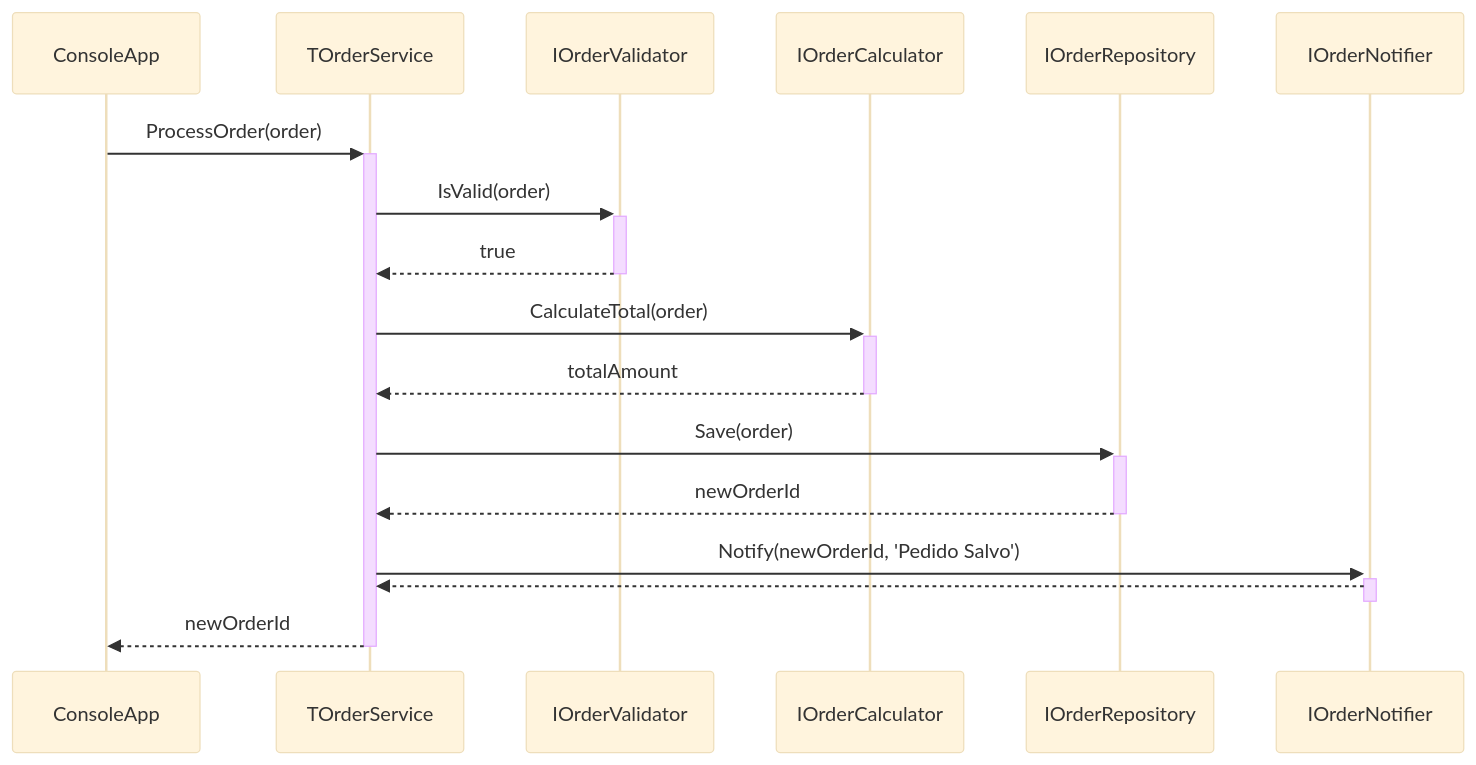
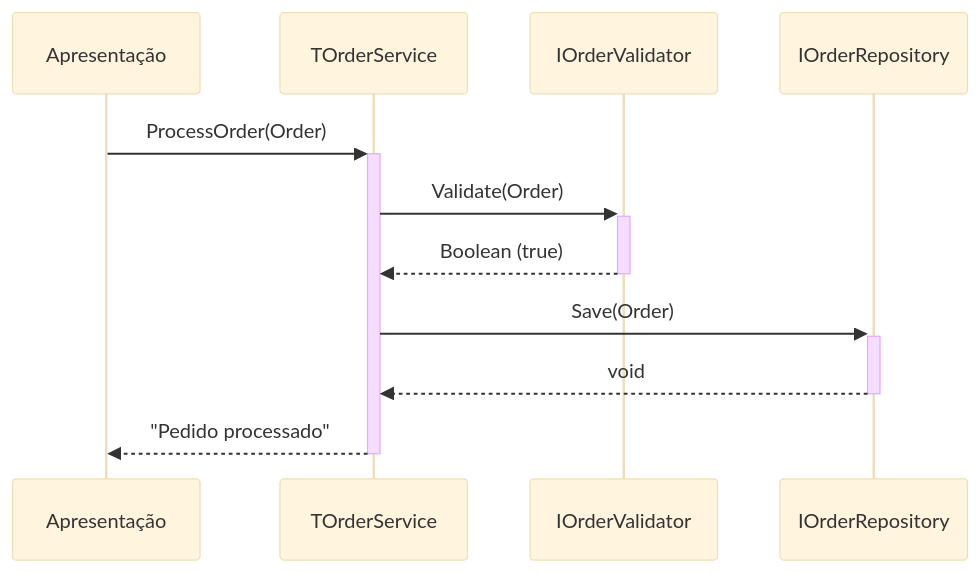
One commit to Juliolimahen/clean-code-and-solid-delphi changed the third of 5 diagrams in README.MD. Above: the diagram before and after it, drawn with Mermaid (base theme). The commit also changed other lines of this file, not shown here.

````diff
--- a/README.MD
+++ b/README.MD
@@ -208,20 +151,14 @@
 ```mermaid
 sequenceDiagram
-    participant ConsoleApp
+    participant UI as Apresentação
     participant Service as TOrderService
     participant Validator as IOrderValidator
-    participant Calculator as IOrderCalculator
-    participant Repo as IOrderRepository
-    participant Notifier as IOrderNotifier
+    participant Repository as IOrderRepository
 
-    ConsoleApp ->>+ Service: ProcessOrder(order)
-    Service ->>+ Validator: IsValid(order)
-    Validator-->>- Service: true
-    Service ->>+ Calculator: CalculateTotal(order)
-    Calculator-->>- Service: totalAmount
-    Service ->>+ Repo: Save(order)
-    Repo-->>- Service: newOrderId
-    Service ->>+ Notifier: Notify(newOrderId, 'Pedido Salvo')
-    Notifier-->>- Service:
-    Service-->>- ConsoleApp: newOrderId
+    UI->>+Service: ProcessOrder(Order)
+    Service->>+Validator: Validate(Order)
+    Validator-->>-Service: Boolean (true)
+    Service->>+Repository: Save(Order)
+    Repository-->>-Service: void
+    Service-->>-UI: "Pedido processado"
 ```
````
